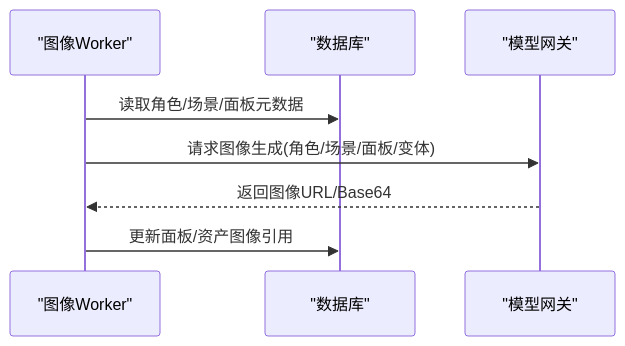
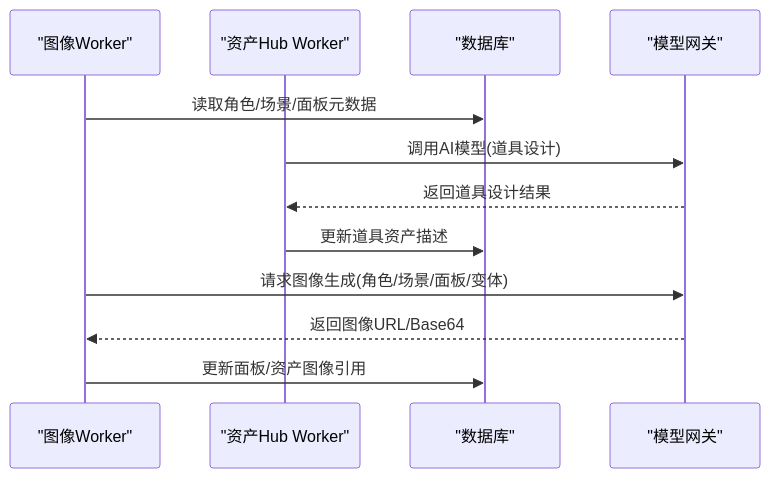
Before and after one commit to lyl2021/waoowaoo: the fourth of 8 diagrams in .qoder/repowiki/zh/content/小说推广工作流/小说推广工作流.md, drawn with Mermaid. The commit also changed other lines of this file and 43 other files, not shown here.

````diff
--- a/.qoder/repowiki/zh/content/小说推广工作流/小说推广工作流.md
+++ b/.qoder/repowiki/zh/content/小说推广工作流/小说推广工作流.md
@@ -206,10 +256,14 @@
 ```mermaid
 sequenceDiagram
 participant W as "图像Worker"
+participant AH_W as "资产Hub Worker"
 participant DB as "数据库"
 participant M as "模型网关"
 W->>DB : 读取角色/场景/面板元数据
+AH_W->>M : 调用AI模型(道具设计)
+M-->>AH_W : 返回道具设计结果
+AH_W->>DB : 更新道具资产描述
 W->>M : 请求图像生成(角色/场景/面板/变体)
 M-->>W : 返回图像URL/Base64
 W->>DB : 更新面板/资产图像引用
 ```
````
